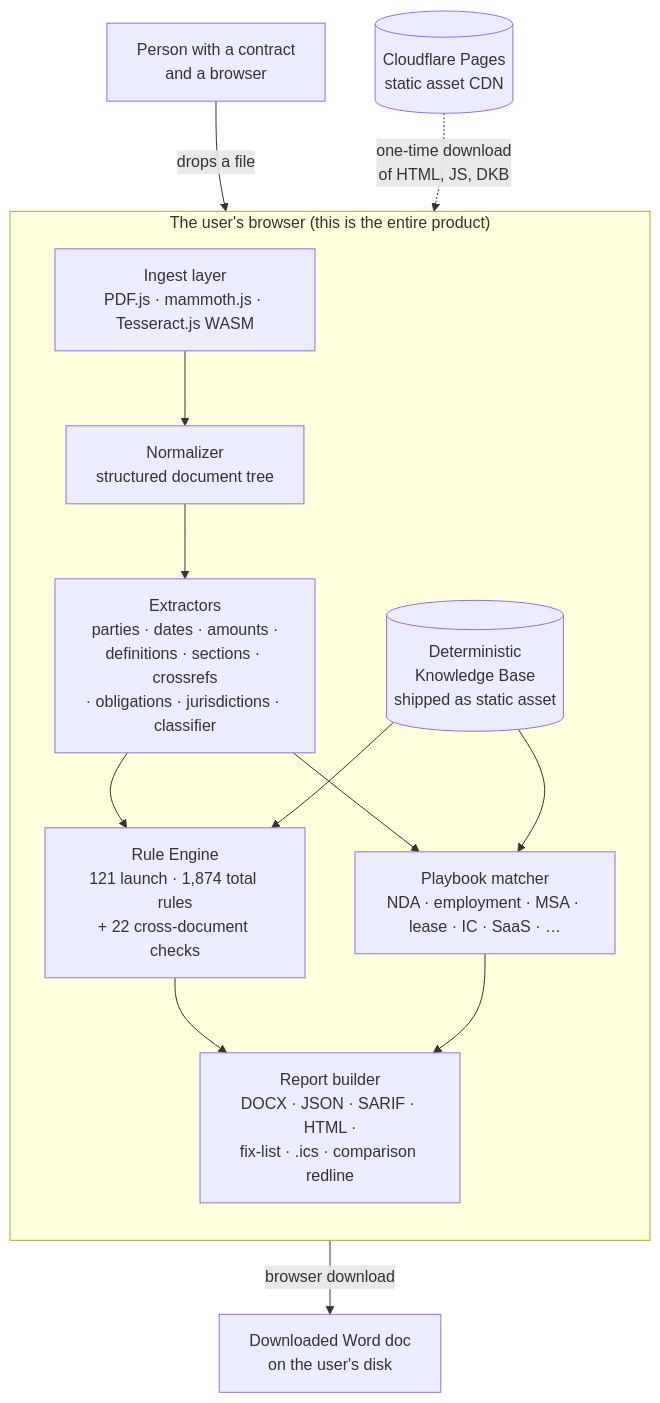
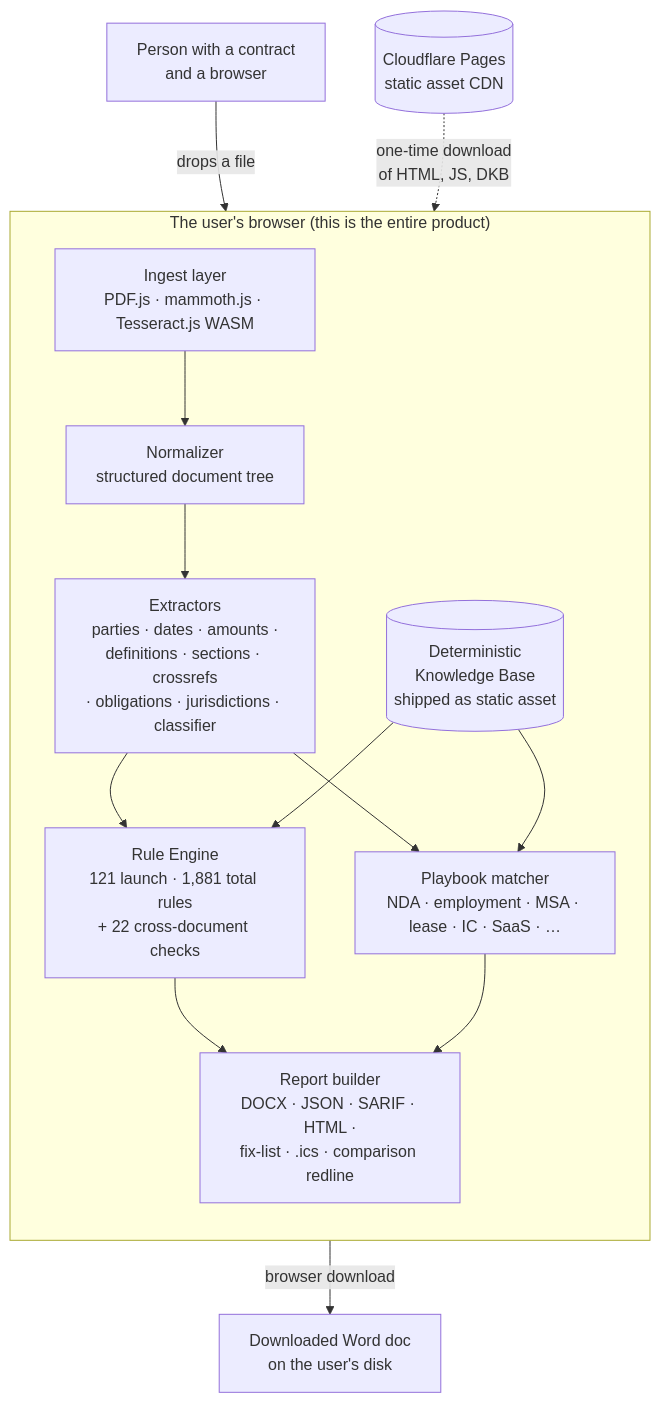
One commit to clay-good/vaulytica changed the diagram in docs/architecture.md. Above: the diagram before and after it, drawn with Mermaid. The commit also changed other lines of this file and 401 other files, not shown here.

````diff
--- a/docs/architecture.md
+++ b/docs/architecture.md
@@ -5,28 +5,28 @@
 ```mermaid
 flowchart TB
     user[Person with a contract<br/>and a browser]
 
     subgraph browser["The user's browser (this is the entire product)"]
         direction TB
         ingest[Ingest layer<br/>PDF.js · mammoth.js · Tesseract.js WASM]
         normalize[Normalizer<br/>structured document tree]
         extract[Extractors<br/>parties · dates · amounts ·<br/>definitions · sections · crossrefs<br/>· obligations · jurisdictions · classifier]
-        engine[Rule Engine<br/>121 launch · 1,874 total rules<br/>+ 22 cross-document checks]
+        engine[Rule Engine<br/>121 launch · 1,881 total rules<br/>+ 22 cross-document checks]
         playbook[Playbook matcher<br/>NDA · employment · MSA · lease · IC · SaaS · …]
         dkb[(Deterministic<br/>Knowledge Base<br/>shipped as static asset)]
         report[Report builder<br/>DOCX · JSON · SARIF · HTML ·<br/>fix-list · .ics · comparison redline]
     end
 
     cdn[(Cloudflare Pages<br/>static asset CDN)]
     download[Downloaded Word doc<br/>on the user's disk]
 
     user -- "drops a file" --> ingest
     cdn -. "one-time download<br/>of HTML, JS, DKB" .-> browser
     ingest --> normalize --> extract --> engine
     extract --> playbook
     dkb --> engine
     dkb --> playbook
     engine --> report
     playbook --> report
     report -- "browser download" --> download
 ```
````
